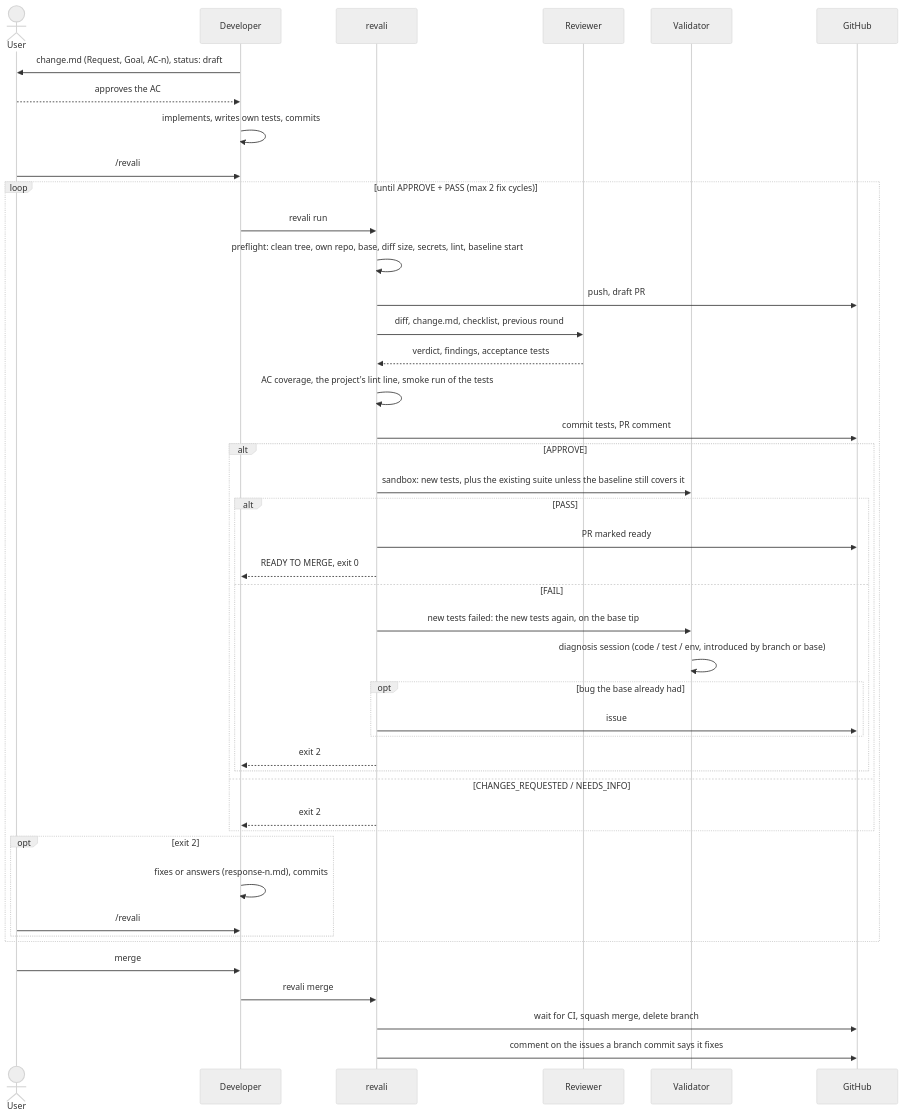
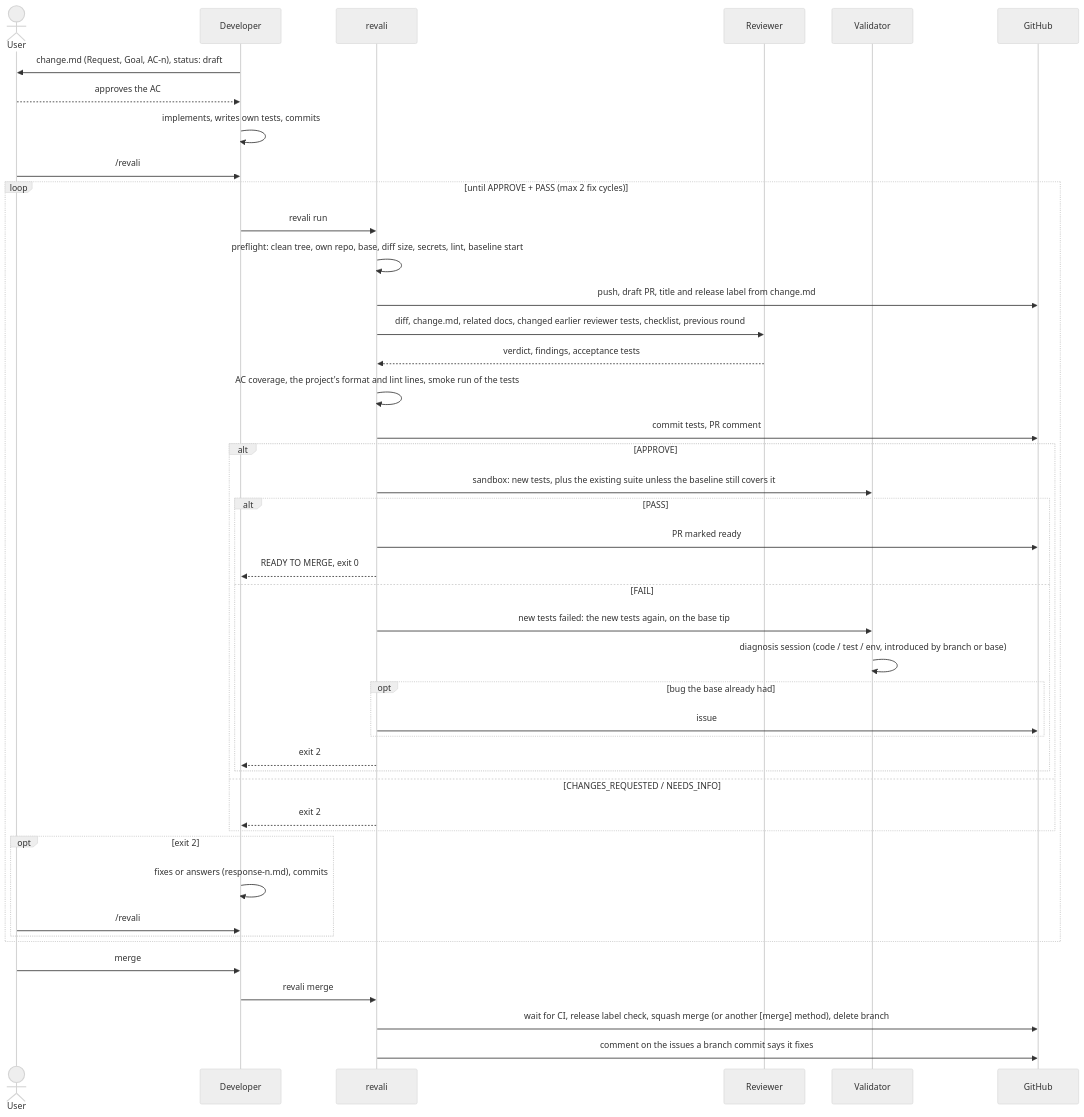
One commit to ianmhuang/revali changed the diagram in README.md. Above: the diagram before and after it, drawn with Mermaid (neutral theme). The commit also changed other lines of this file and 11 other files, not shown here.

````diff
--- a/README.md
+++ b/README.md
@@ -33,47 +51,47 @@
 ```mermaid
 sequenceDiagram
     actor U as User
     participant D as Developer
     participant R as revali
     participant B as Reviewer
     participant V as Validator
     participant G as GitHub
 
     D->>U: change.md (Request, Goal, AC-n), status: draft
     U-->>D: approves the AC
     D->>D: implements, writes own tests, commits
     U->>D: /revali
     loop until APPROVE + PASS (max 2 fix cycles)
         D->>R: revali run
         R->>R: preflight: clean tree, own repo, base, diff size, secrets, lint, baseline start
-        R->>G: push, draft PR
-        R->>B: diff, change.md, checklist, previous round
+        R->>G: push, draft PR, title and release label from change.md
+        R->>B: diff, change.md, related docs, changed earlier reviewer tests, checklist, previous round
         B-->>R: verdict, findings, acceptance tests
-        R->>R: AC coverage, the project's lint line, smoke run of the tests
+        R->>R: AC coverage, the project's format and lint lines, smoke run of the tests
         R->>G: commit tests, PR comment
         alt APPROVE
             R->>V: sandbox: new tests, plus the existing suite unless the baseline still covers it
             alt PASS
                 R->>G: PR marked ready
                 R-->>D: READY TO MERGE, exit 0
             else FAIL
                 R->>V: new tests failed: the new tests again, on the base tip
                 V->>V: diagnosis session (code / test / env, introduced by branch or base)
                 opt bug the base already had
                     R->>G: issue
                 end
                 R-->>D: exit 2
             end
         else CHANGES_REQUESTED / NEEDS_INFO
             R-->>D: exit 2
         end
         opt exit 2
             D->>D: fixes or answers (response-n.md), commits
             U->>D: /revali
         end
     end
     U->>D: merge
     D->>R: revali merge
-    R->>G: wait for CI, squash merge, delete branch
+    R->>G: wait for CI, release label check, squash merge (or another [merge] method), delete branch
     R->>G: comment on the issues a branch commit says it fixes
 ```
````
